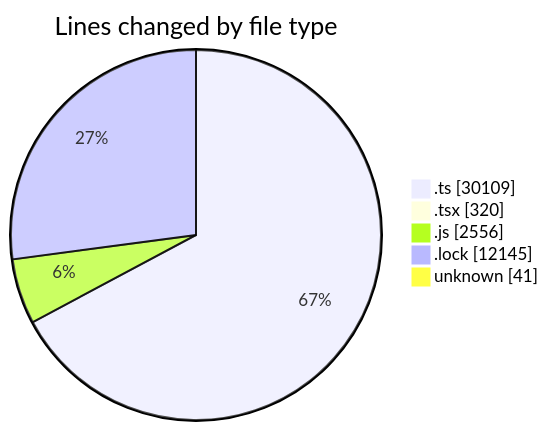
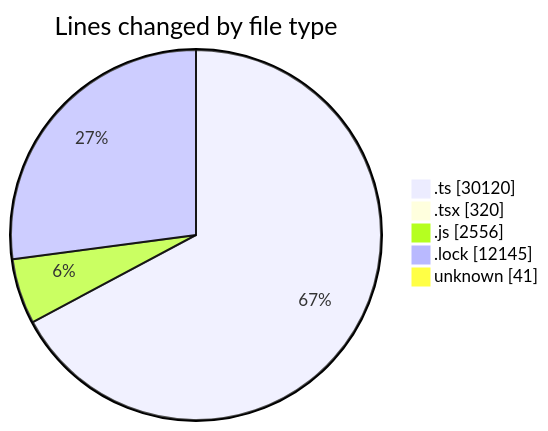
Before and after one commit to momahboobian/code-tracking: the first of 2 diagrams in 2025-08-13/cda/README.md, drawn with Mermaid. The commit also changed other lines of this file and 1 other file, not shown here.

````diff
--- a/2025-08-13/cda/README.md
+++ b/2025-08-13/cda/README.md
@@ -39,9 +39,9 @@
 ```mermaid
 pie showData
 title Lines changed by file type
-".ts" : 30109
+".ts" : 30120
 ".tsx" : 320
 ".js" : 2556
 ".lock" : 12145
 "unknown" : 41
 ```
````
